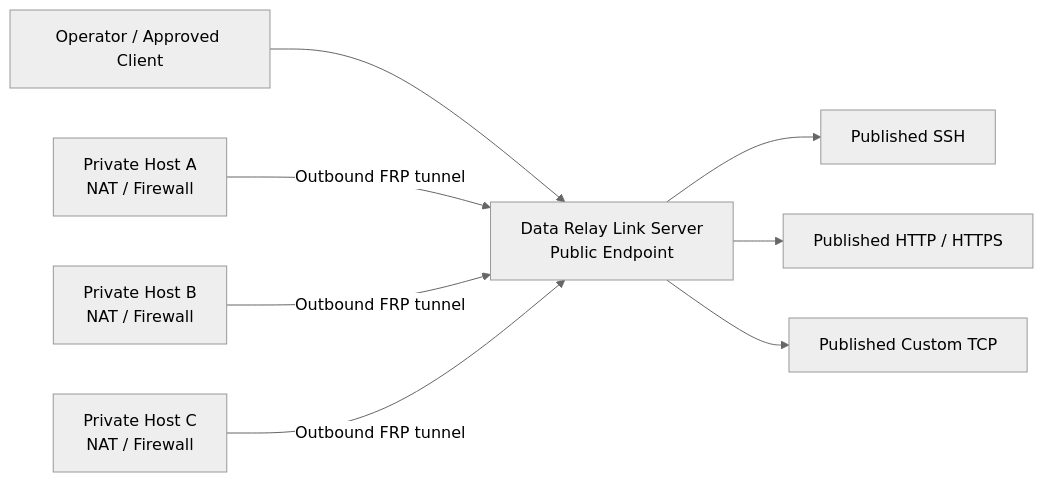
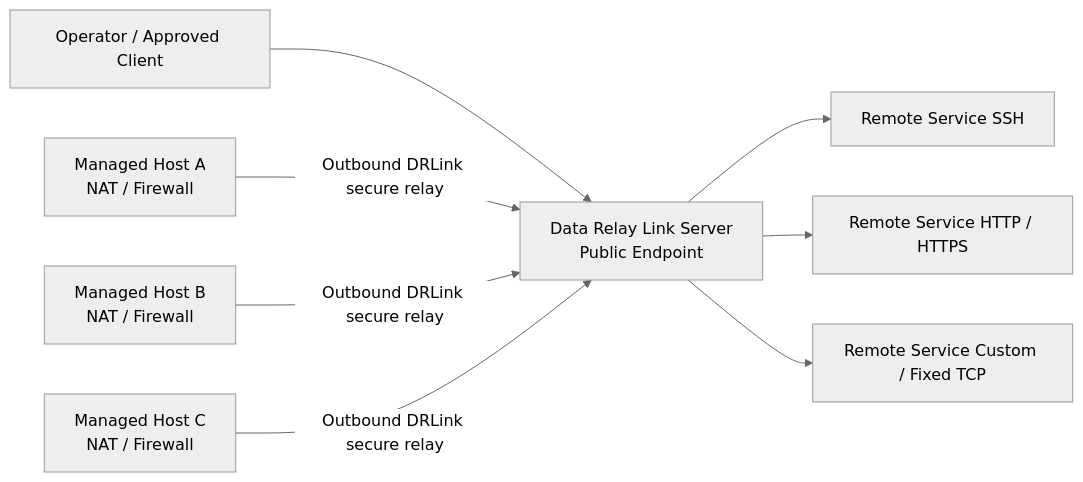
The diagram in README.md (datarelay-labs/data-relay-link), drawn with Mermaid (neutral theme) before and after one commit. The commit also changed other lines of this file, not shown here.

Commit message:
docs(readme): refresh landing page to current DRLink model

````diff
--- a/README.md
+++ b/README.md
@@ -52,12 +79,12 @@
 ```mermaid
 flowchart LR
     O["Operator / Approved Client"] --> P["Data Relay Link Server<br/>Public Endpoint"]
 
-    A["Private Host A<br/>NAT / Firewall"] -->|Outbound FRP tunnel| P
-    B["Private Host B<br/>NAT / Firewall"] -->|Outbound FRP tunnel| P
-    C["Private Host C<br/>NAT / Firewall"] -->|Outbound FRP tunnel| P
+    A["Managed Host A<br/>NAT / Firewall"] -->|Outbound DRLink secure relay| P
+    B["Managed Host B<br/>NAT / Firewall"] -->|Outbound DRLink secure relay| P
+    C["Managed Host C<br/>NAT / Firewall"] -->|Outbound DRLink secure relay| P
 
-    P --> S1["Published SSH"]
-    P --> S2["Published HTTP / HTTPS"]
-    P --> S3["Published Custom TCP"]
+    P --> S1["Remote Service SSH"]
+    P --> S2["Remote Service HTTP / HTTPS"]
+    P --> S3["Remote Service Custom / Fixed TCP"]
 ```
````
